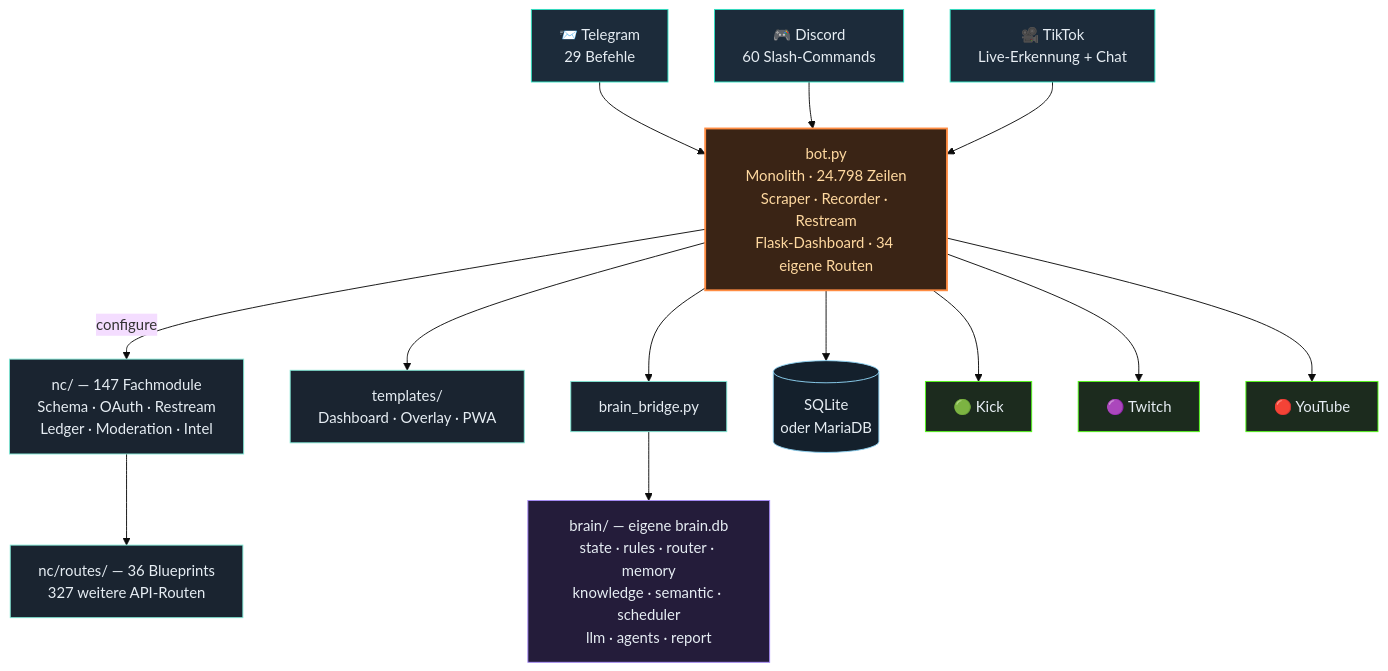
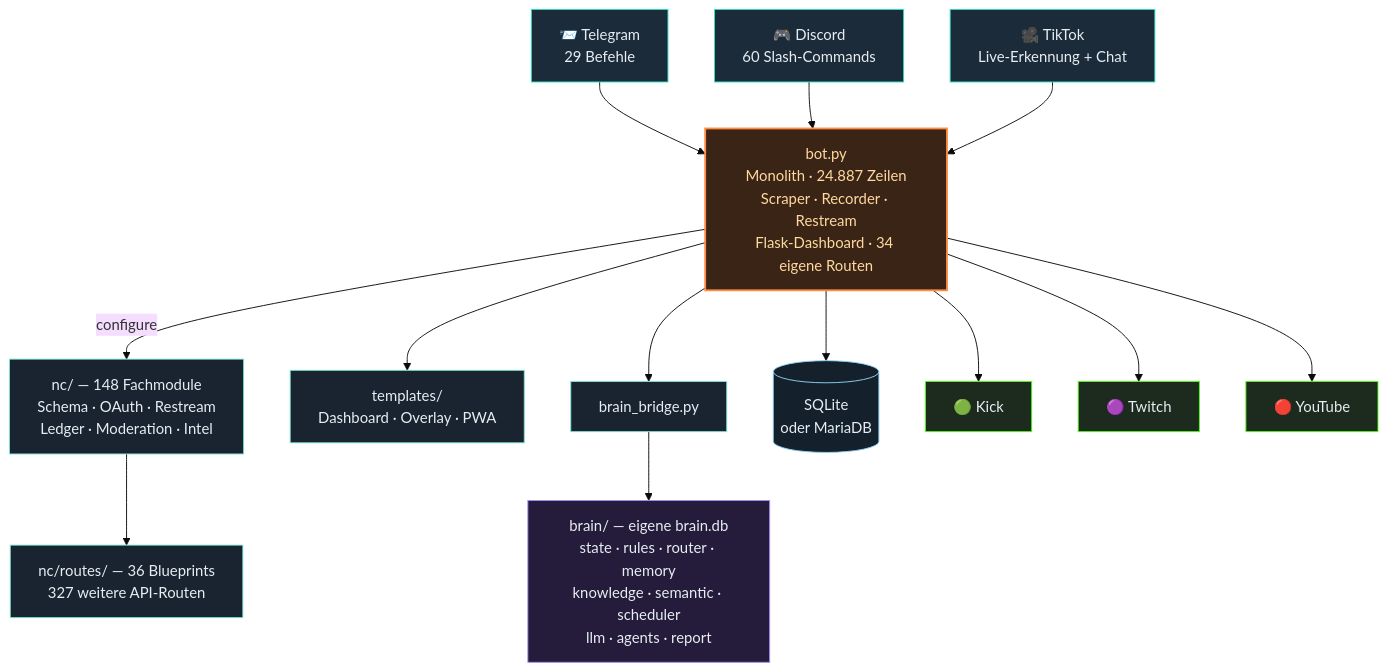
One commit to itsamemedev/Telegram-Stream-Info-Bot changed the third of 4 diagrams in README.md. Above: the diagram before and after it, drawn with Mermaid (base theme). The commit also changed other lines of this file and 7 other files, not shown here.

````diff
--- a/README.md
+++ b/README.md
@@ -189,30 +189,30 @@
 ```mermaid
 flowchart TB
     TG["📨 Telegram<br/>29 Befehle"]:::ein
     DC["🎮 Discord<br/>60 Slash-Commands"]:::ein
     TT["🎥 TikTok<br/>Live-Erkennung + Chat"]:::ein
 
     TG --> BOT
     DC --> BOT
     TT --> BOT
 
-    BOT["bot.py<br/>Monolith · 24.798 Zeilen<br/>Scraper · Recorder · Restream<br/>Flask-Dashboard · 34 eigene Routen"]:::core
+    BOT["bot.py<br/>Monolith · 24.887 Zeilen<br/>Scraper · Recorder · Restream<br/>Flask-Dashboard · 34 eigene Routen"]:::core
 
-    BOT -->|configure| NC["nc/ — 147 Fachmodule<br/>Schema · OAuth · Restream<br/>Ledger · Moderation · Intel"]:::lib
+    BOT -->|configure| NC["nc/ — 148 Fachmodule<br/>Schema · OAuth · Restream<br/>Ledger · Moderation · Intel"]:::lib
     NC --> RT["nc/routes/ — 36 Blueprints<br/>327 weitere API-Routen"]:::lib
     BOT --> TPL["templates/<br/>Dashboard · Overlay · PWA"]:::lib
     BOT --> BR["brain_bridge.py"]:::lib
     BR --> BRAIN["brain/ — eigene brain.db<br/>state · rules · router · memory<br/>knowledge · semantic · scheduler<br/>llm · agents · report"]:::brain
     BOT --> DB[("SQLite<br/>oder MariaDB")]:::db
 
     BOT --> KICK["🟢 Kick"]:::out
     BOT --> TW["🟣 Twitch"]:::out
     BOT --> YT["🔴 YouTube"]:::out
 
     classDef ein fill:#1c2b3a,stroke:#2de1c2,color:#e6edf3
     classDef core fill:#3a2415,stroke:#ff8c42,stroke-width:2px,color:#ffd9a0
     classDef lib fill:#1a2430,stroke:#7fe7d4,color:#e6edf3
     classDef brain fill:#241c3a,stroke:#a78bfa,color:#e6edf3
     classDef db fill:#14202c,stroke:#8fd3f4,color:#e6edf3
     classDef out fill:#1c2b1e,stroke:#53fc18,color:#e6edf3
 ```
````
